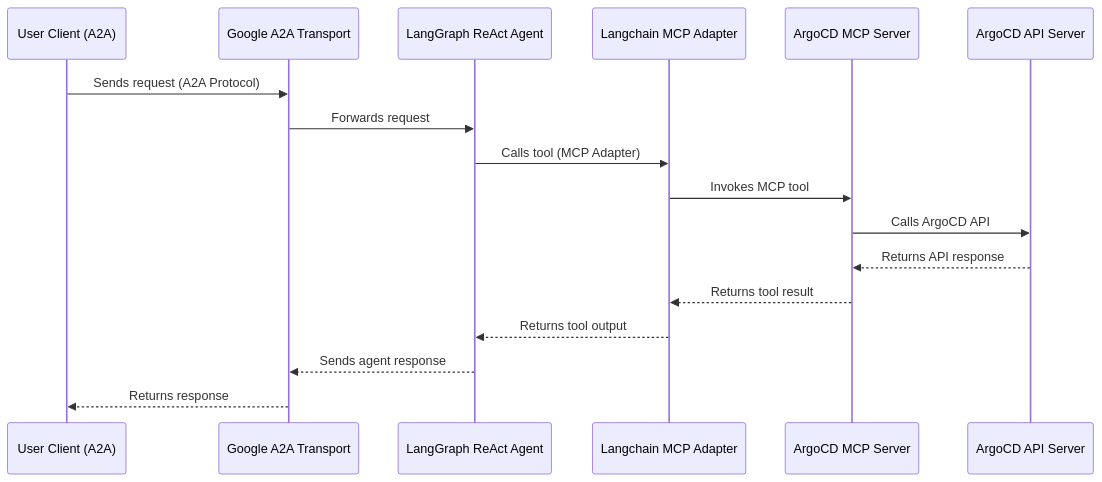
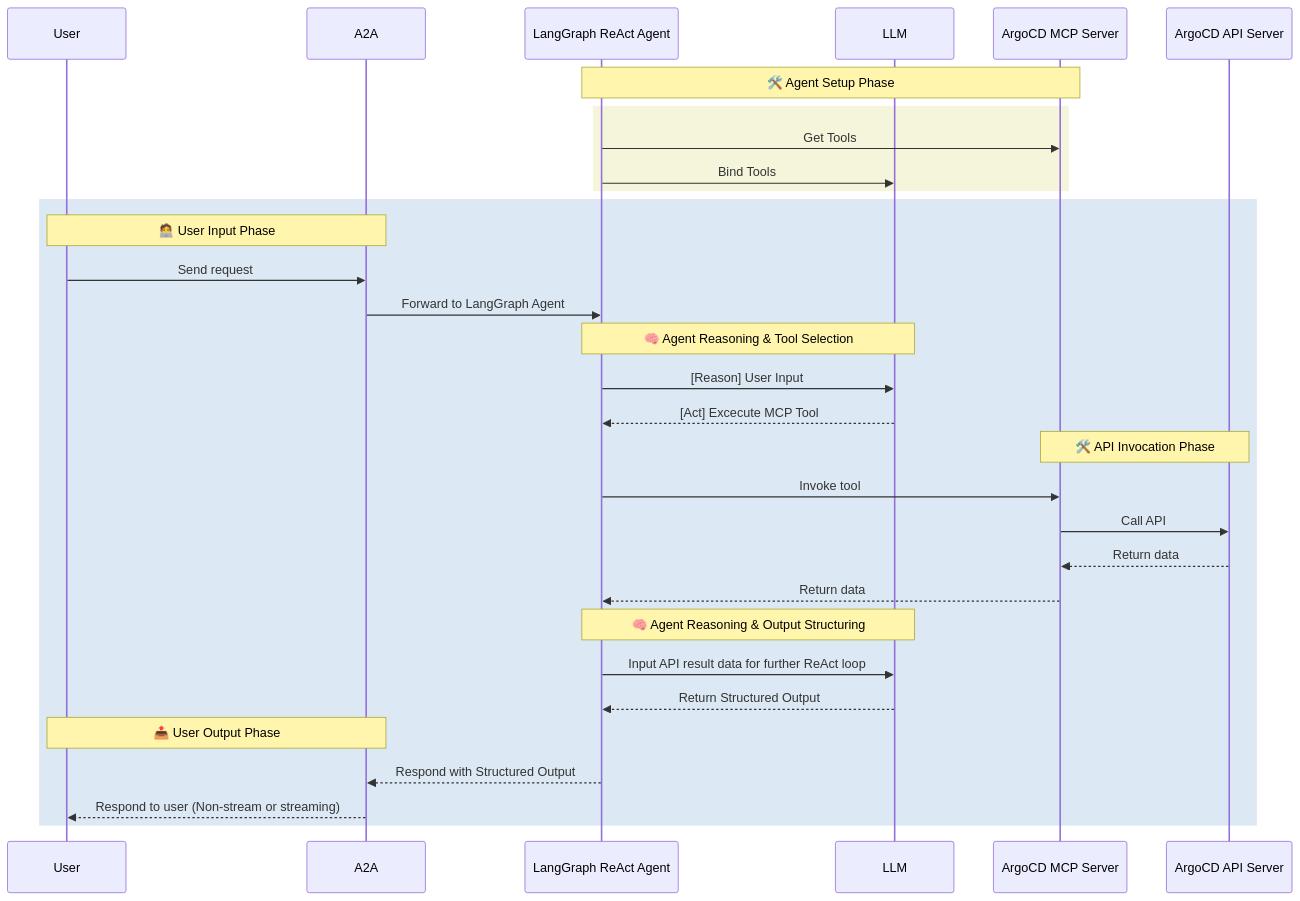
The second of 2 diagrams in README.md (cnoe-io/agent-argocd), drawn with Mermaid before and after one commit. The commit also changed other lines of this file, not shown here.

````diff
--- a/README.md
+++ b/README.md
@@ -125,20 +88,39 @@
 ```mermaid
 sequenceDiagram
-  participant User as User Client (A2A)
-  participant A2A as Google A2A Transport
+  participant User
+  participant A2A
   participant Agent as LangGraph ReAct Agent
-  participant MCP as Langchain MCP Adapter
-  participant MCPServer as ArgoCD MCP Server
+  participant LLM
+  participant MCP as ArgoCD MCP Server
   participant APIServer as ArgoCD API Server
 
-  User->>A2A: Sends request (A2A Protocol)
-  A2A->>Agent: Forwards request
-  Agent->>MCP: Calls tool (MCP Adapter)
-  MCP->>MCPServer: Invokes MCP tool
-  MCPServer->>APIServer: Calls ArgoCD API
-  APIServer-->>MCPServer: Returns API response
-  MCPServer-->>MCP: Returns tool result
-  MCP-->>Agent: Returns tool output
-  Agent-->>A2A: Sends agent response
-  A2A-->>User: Returns response
+  note over Agent,MCP: 🛠️ Agent Setup Phase
+  rect rgb(245, 245, 220)
+    Agent->>MCP: Get Tools
+    Agent->>LLM: Bind Tools
+  end
+
+  rect rgb(220, 232, 243)
+    note over User,A2A: 🧑‍💻 User Input Phase
+    User->>A2A: Send request
+    A2A->>Agent: Forward to LangGraph Agent
+
+    note over Agent,LLM: 🧠 Agent Reasoning & Tool Selection
+    Agent->>LLM: [Reason] User Input
+    LLM-->>Agent: [Act] Excecute MCP Tool
+
+    note over MCP,APIServer: 🛠️ API Invocation Phase
+    Agent->>MCP: Invoke tool
+    MCP->>APIServer: Call API
+    APIServer-->>MCP: Return data
+    MCP-->>Agent: Return data
+
+    note over Agent,LLM: 🧠 Agent Reasoning & Output Structuring
+    Agent->>LLM: Input API result data for further ReAct loop
+    LLM-->>Agent: Return Structured Output
+
+    note over User,A2A: 📤 User Output Phase
+    Agent-->>A2A: Respond with Structured Output
+    A2A-->>User: Respond to user (Non-stream or streaming)
+  end
 ```
````
